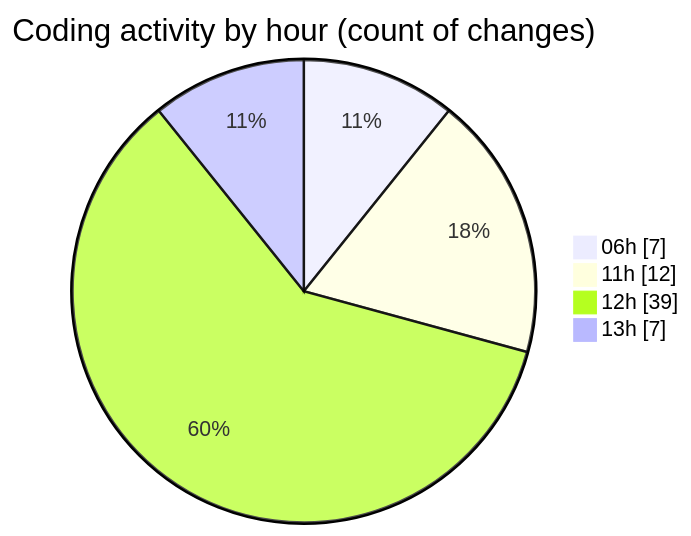
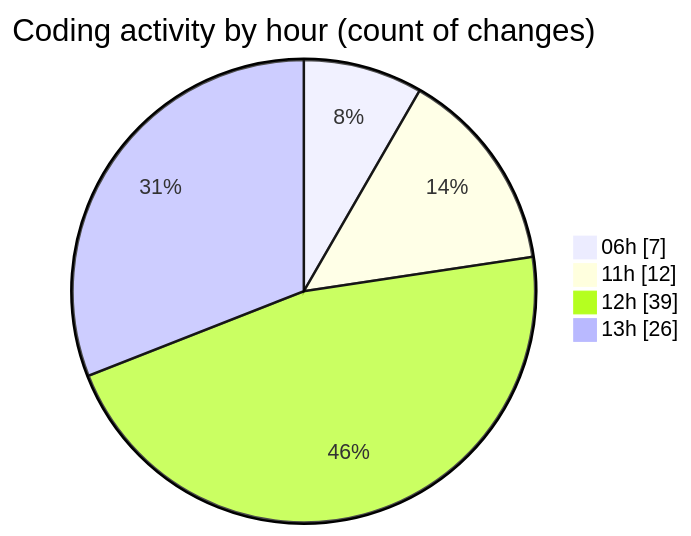
Before and after one commit to EIIisD/code-tracking: the second of 2 diagrams in 2025-07-14/ribbon/README.md, drawn with Mermaid. The commit also changed other lines of this file and 1 other file, not shown here.

````diff
--- a/2025-07-14/ribbon/README.md
+++ b/2025-07-14/ribbon/README.md
@@ -54,8 +58,8 @@
 ```mermaid
 pie showData
 title Coding activity by hour (count of changes)
 "06h" : 7
 "11h" : 12
 "12h" : 39
-"13h" : 7
+"13h" : 26
 ```
````
